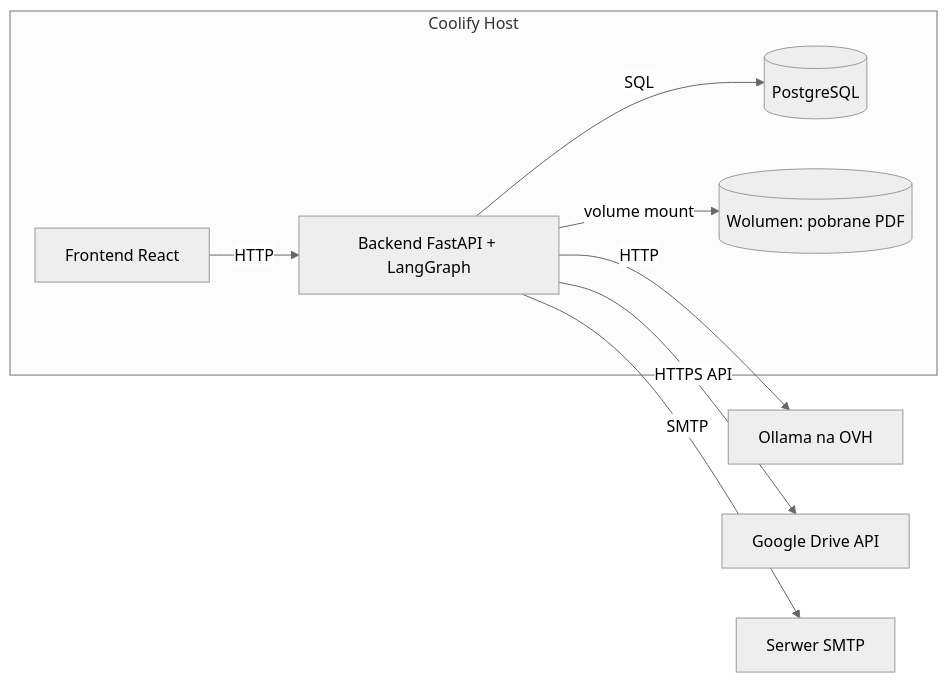
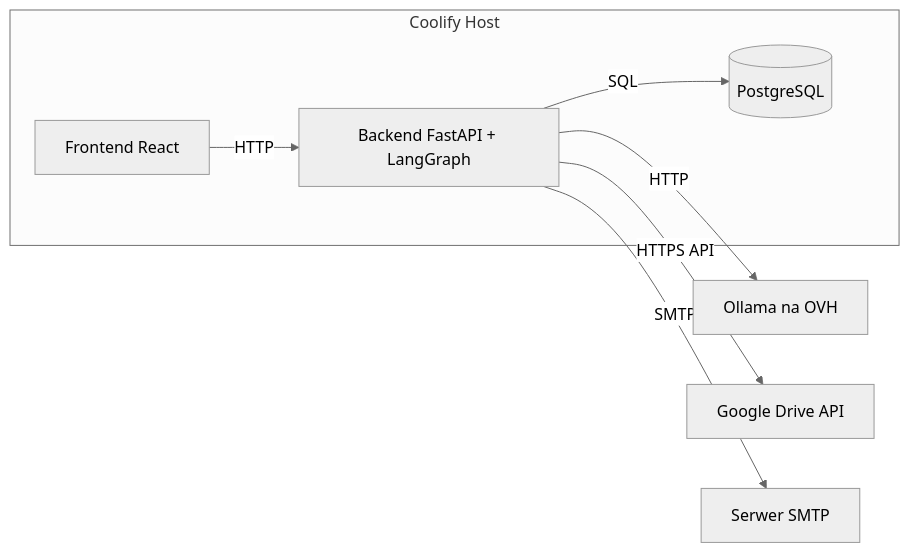
The diagram in docs/15-spec-deployment-coolify.md (jakubwilk/ai-finance-agent), drawn with Mermaid (neutral theme) before and after one commit. The commit also changed other lines of this file and 10 other files, not shown here.

````diff
--- a/docs/15-spec-deployment-coolify.md
+++ b/docs/15-spec-deployment-coolify.md
@@ -15,19 +15,17 @@
 ```mermaid
 flowchart LR
     subgraph Coolify Host
         BE[Backend FastAPI + LangGraph]
         FE[Frontend React]
         DB[(PostgreSQL)]
-        VOL[(Wolumen: pobrane PDF)]
     end
     OVH[Ollama na OVH]
     DRIVE[Google Drive API]
     SMTP[Serwer SMTP]
 
     FE -->|HTTP| BE
     BE -->|SQL| DB
-    BE -->|volume mount| VOL
     BE -->|HTTP| OVH
     BE -->|HTTPS API| DRIVE
     BE -->|SMTP| SMTP
 ```
````
